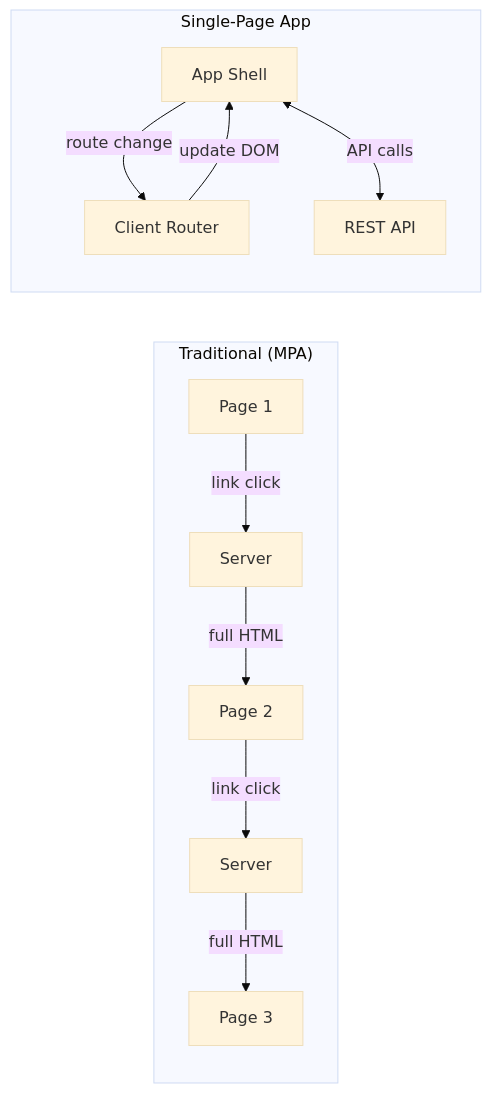
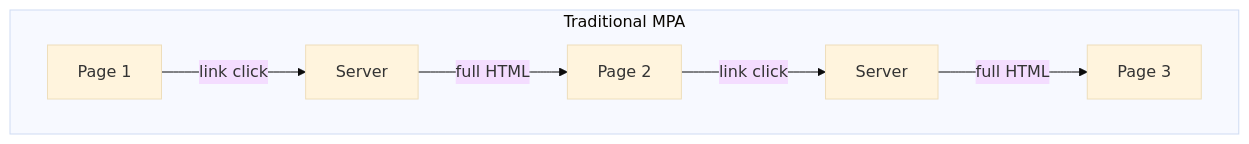
One commit to SemanticBeeng/mobile-dev changed the second of 4 diagrams in design-domain/10-System-Architecture/SPA-Single-Page-Application.md. Above: the diagram before and after it, drawn with Mermaid (base theme). The commit also changed other lines of this file, not shown here.

````diff
--- a/design-domain/10-System-Architecture/SPA-Single-Page-Application.md
+++ b/design-domain/10-System-Architecture/SPA-Single-Page-Application.md
@@ -40,15 +33,9 @@
 ```mermaid
-flowchart LR
-    subgraph Traditional["Traditional (MPA)"]
+flowchart TB
+    subgraph Traditional["Traditional MPA"]
         T1[Page 1] -->|link click| Server1[Server]
         Server1 -->|full HTML| T2[Page 2]
         T2 -->|link click| Server2[Server]
         Server2 -->|full HTML| T3[Page 3]
     end
-    
-    subgraph SPA["Single-Page App"]
-        S1[App Shell] -->|route change| Router[Client Router]
-        Router -->|update DOM| S1
-        S1 <-->|API calls| API[REST API]
-    end
 ```
````
